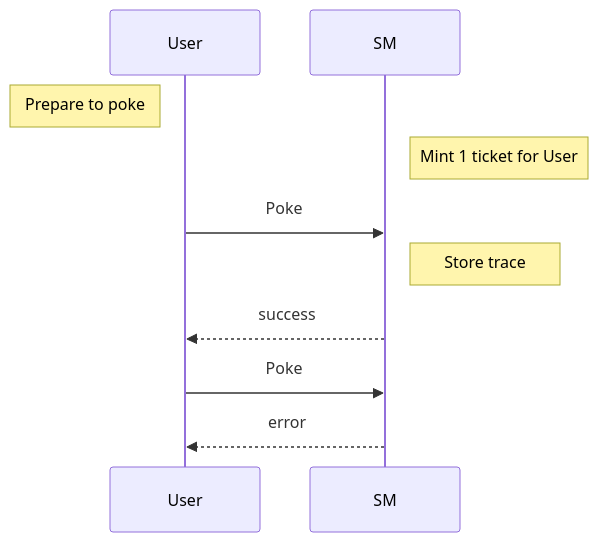
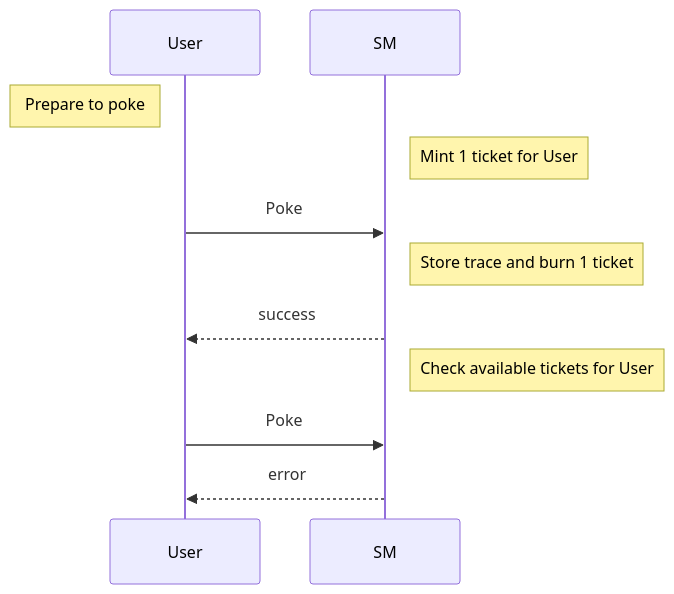
The diagram in README.md (marigold-dev/training-dapp-3), drawn with Mermaid before and after one commit.

````diff
--- a/README.md
+++ b/README.md
@@ -24,10 +24,11 @@
 ```mermaid
 sequenceDiagram
   Note left of User : Prepare to poke
   Note right of SM : Mint 1 ticket for User
   User->>SM : Poke
-  Note right of SM : Store trace
+  Note right of SM : Store trace and burn 1 ticket
   SM-->>User : success
+  Note right of SM : Check available tickets for User
   User->>SM : Poke
   SM-->>User : error
 ```
````
